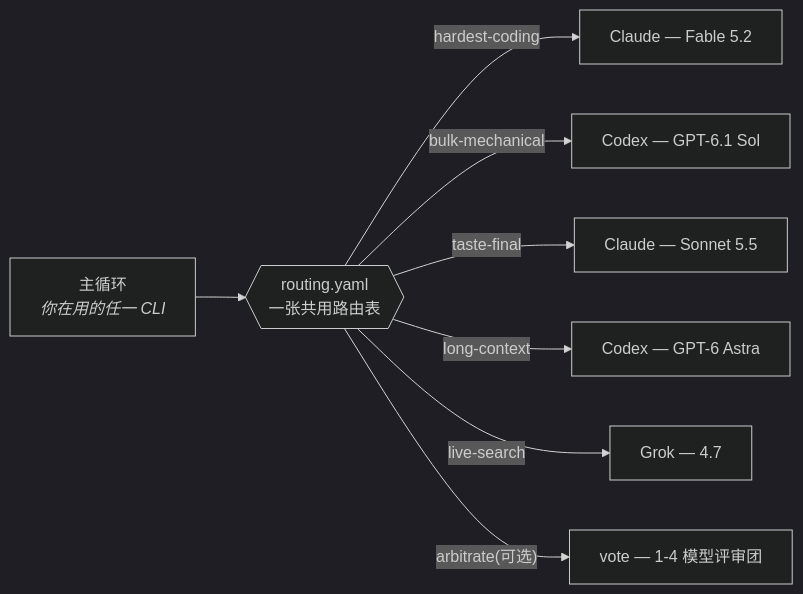
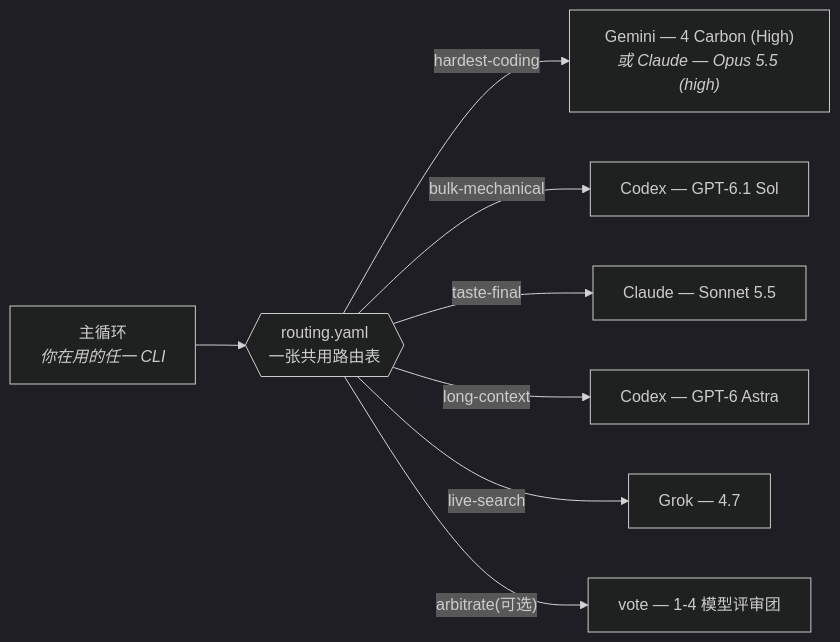
The diagram in README.zh-CN.md (Seraphim0916/omnilane), drawn with Mermaid (dark theme) before and after one commit. The commit also changed other lines of this file and 41 other files, not shown here.

````diff
--- a/README.zh-CN.md
+++ b/README.zh-CN.md
@@ -761,10 +763,10 @@
 ```mermaid
 flowchart LR
     M["主循环<br/><i>你在用的任一 CLI</i>"] --> T{{"routing.yaml<br/>一张共用路由表"}}
-    T -->|hardest-coding| C1["Claude — Fable 5.2"]
+    T -->|hardest-coding| C1["Gemini — 4 Carbon (High)<br/><i>或 Claude — Opus 5.5 (high)</i>"]
     T -->|bulk-mechanical| C2["Codex — GPT-6.1 Sol"]
     T -->|taste-final| C3["Claude — Sonnet 5.5"]
     T -->|long-context| C4["Codex — GPT-6 Astra"]
     T -->|live-search| C5["Grok — 4.7"]
     T -->|"arbitrate(可选)"| C6["vote — 1-4 模型评审团"]
 ```
````
